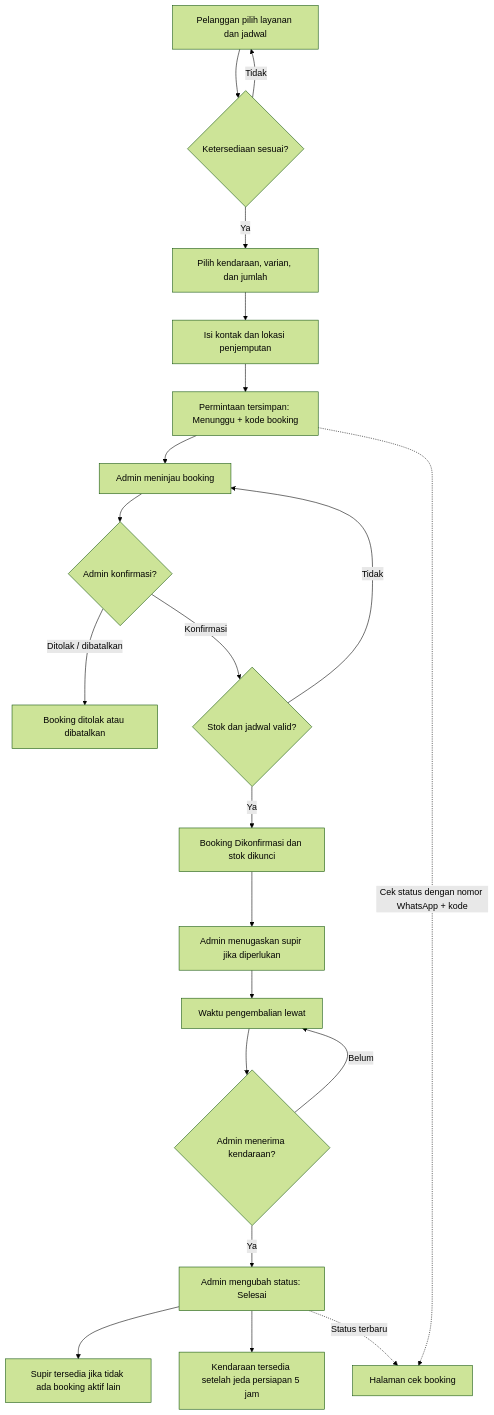
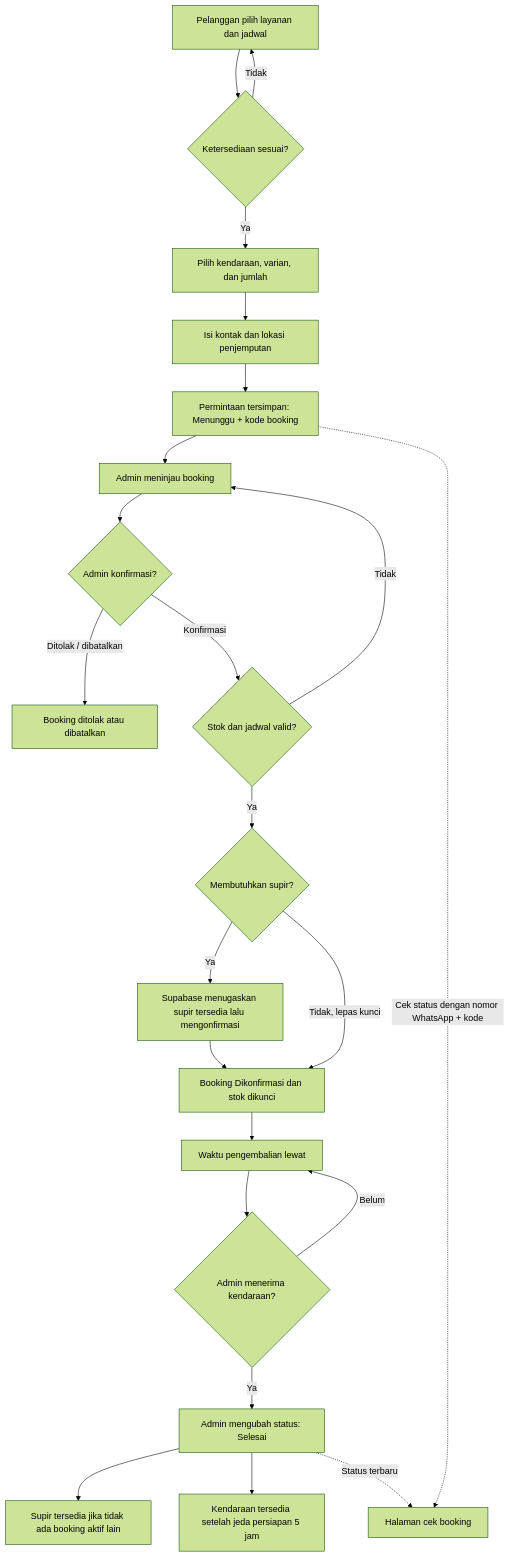
The diagram in RAB_WEBSITE.md (Raihanhidayah12/khalisa-rent-car), drawn with Mermaid (forest theme) before and after one commit. The commit also changed other lines of this file and 2 other files, not shown here.

````diff
--- a/RAB_WEBSITE.md
+++ b/RAB_WEBSITE.md
@@ -103,23 +103,25 @@
 ```mermaid
 flowchart TD
 	A[Pelanggan pilih layanan dan jadwal] --> B{Ketersediaan sesuai?}
 	B -- Tidak --> A
 	B -- Ya --> C[Pilih kendaraan, varian, dan jumlah]
 	C --> D[Isi kontak dan lokasi penjemputan]
 	D --> E[Permintaan tersimpan: Menunggu + kode booking]
 	E --> F[Admin meninjau booking]
 	F --> G{Admin konfirmasi?}
 	G -- Ditolak / dibatalkan --> H[Booking ditolak atau dibatalkan]
 	G -- Konfirmasi --> I{Stok dan jadwal valid?}
 	I -- Tidak --> F
-	I -- Ya --> J[Booking Dikonfirmasi dan stok dikunci]
-	J --> K[Admin menugaskan supir jika diperlukan]
-	K --> L[Waktu pengembalian lewat]
-	L --> M{Admin menerima kendaraan?}
-	M -- Belum --> L
-	M -- Ya --> N[Admin mengubah status: Selesai]
-	N --> O[Supir tersedia jika tidak ada booking aktif lain]
-	N --> Q[Kendaraan tersedia setelah jeda persiapan 5 jam]
-	E -. Cek status dengan nomor WhatsApp + kode .-> P[Halaman cek booking]
-	N -. Status terbaru .-> P
+	I -- Ya --> J{Membutuhkan supir?}
+	J -- Ya --> K[Supabase menugaskan supir tersedia lalu mengonfirmasi]
+	J -- Tidak, lepas kunci --> L[Booking Dikonfirmasi dan stok dikunci]
+	K --> L
+	L --> M[Waktu pengembalian lewat]
+	M --> N{Admin menerima kendaraan?}
+	N -- Belum --> M
+	N -- Ya --> O[Admin mengubah status: Selesai]
+	O --> P[Supir tersedia jika tidak ada booking aktif lain]
+	O --> Q[Kendaraan tersedia setelah jeda persiapan 5 jam]
+	E -. Cek status dengan nomor WhatsApp + kode .-> R[Halaman cek booking]
+	O -. Status terbaru .-> R
 ```
````
